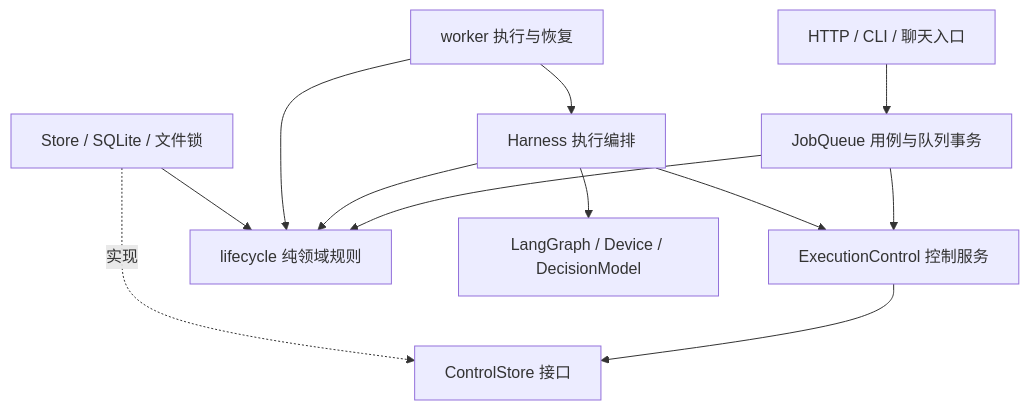
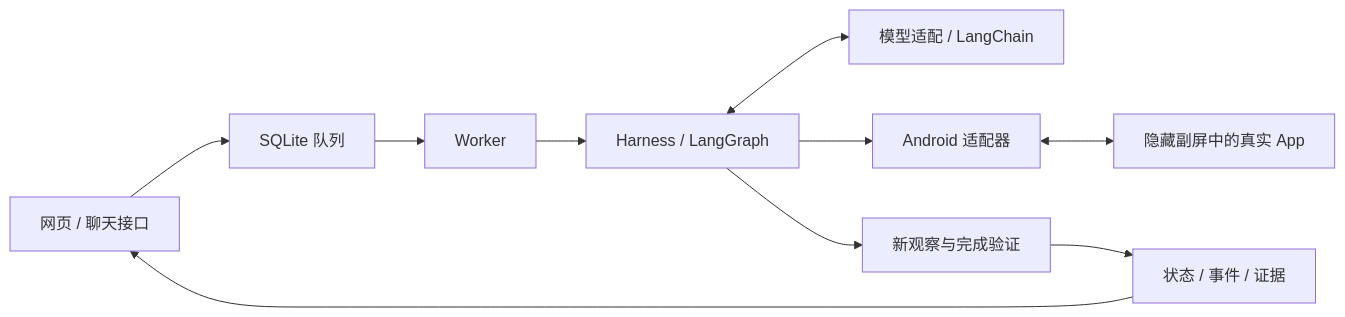
The diagram in docs/technical-proposal.md (Zhejian-Zheng/sidecar), drawn with Mermaid before and after one commit. The commit also changed other lines of this file and 56 other files, not shown here.

````diff
--- a/docs/technical-proposal.md
+++ b/docs/technical-proposal.md
@@ -660,14 +11,12 @@
 ```mermaid
-flowchart TD
-    Entry[HTTP / CLI / 聊天入口] --> Queue[JobQueue 用例与队列事务]
-    Queue --> Control[ExecutionControl 控制服务]
-    Harness[Harness 执行编排] --> Control
-    Queue --> Rules[lifecycle 纯领域规则]
-    Harness --> Rules
-    Worker[worker 执行与恢复] --> Rules
-    Control --> Port[ControlStore 接口]
-    Store[Store / SQLite / 文件锁] -.实现.-> Port
-    Store --> Rules
-    Worker --> Harness
-    Harness --> Graph[LangGraph / Device / DecisionModel]
+flowchart LR
+    Entry[网页 / 聊天接口] --> Queue[SQLite 队列]
+    Queue --> Worker[Worker]
+    Worker --> Harness[Harness / LangGraph]
+    Harness <--> Model[模型适配 / LangChain]
+    Harness --> Device[Android 适配器]
+    Device <--> App[隐藏副屏中的真实 App]
+    Harness --> Gate[新观察与完成验证]
+    Gate --> Store[状态 / 事件 / 证据]
+    Store --> Entry
 ```
````
